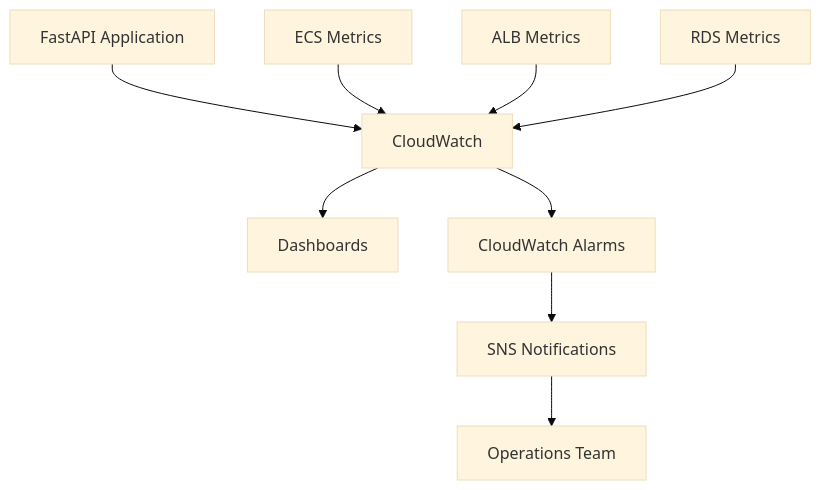
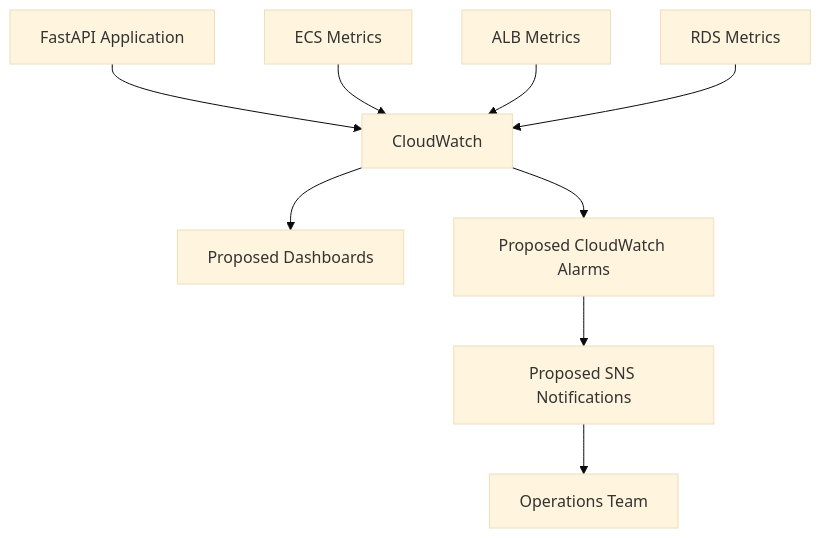
Before and after one commit to shiwanshu97/cloud-native-sessions-api: the fourth of 5 diagrams in README.md, drawn with Mermaid (base theme). The commit also changed other lines of this file and 11 other files, not shown here.

````diff
--- a/README.md
+++ b/README.md
@@ -1079,11 +1113,11 @@
 ```mermaid
 flowchart TD
     A["FastAPI Application"] --> D["CloudWatch"]
     B["ECS Metrics"] --> D
     C["ALB Metrics"] --> D
     E["RDS Metrics"] --> D
-    D --> F["Dashboards"]
-    D --> G["CloudWatch Alarms"]
-    G --> H["SNS Notifications"]
+    D --> F["Proposed Dashboards"]
+    D --> G["Proposed CloudWatch Alarms"]
+    G --> H["Proposed SNS Notifications"]
     H --> I["Operations Team"]
 ```
````
